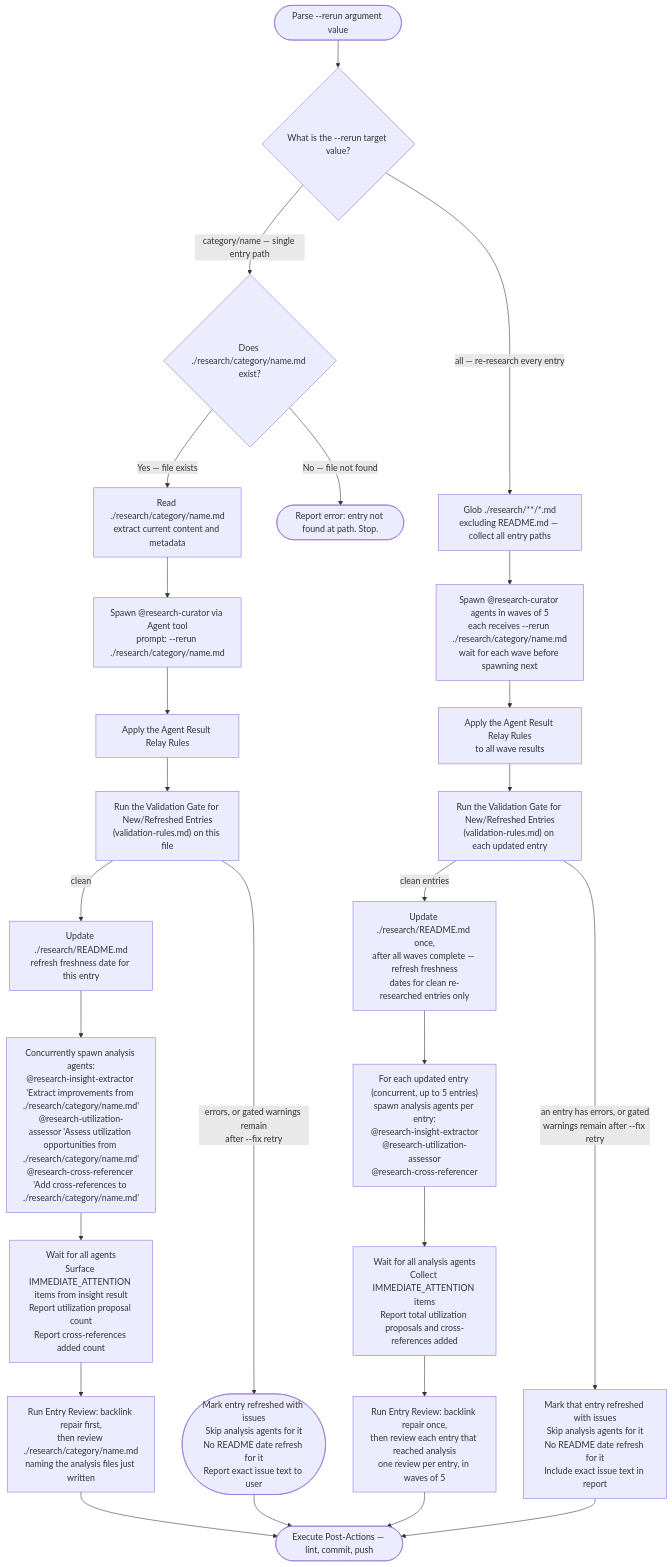
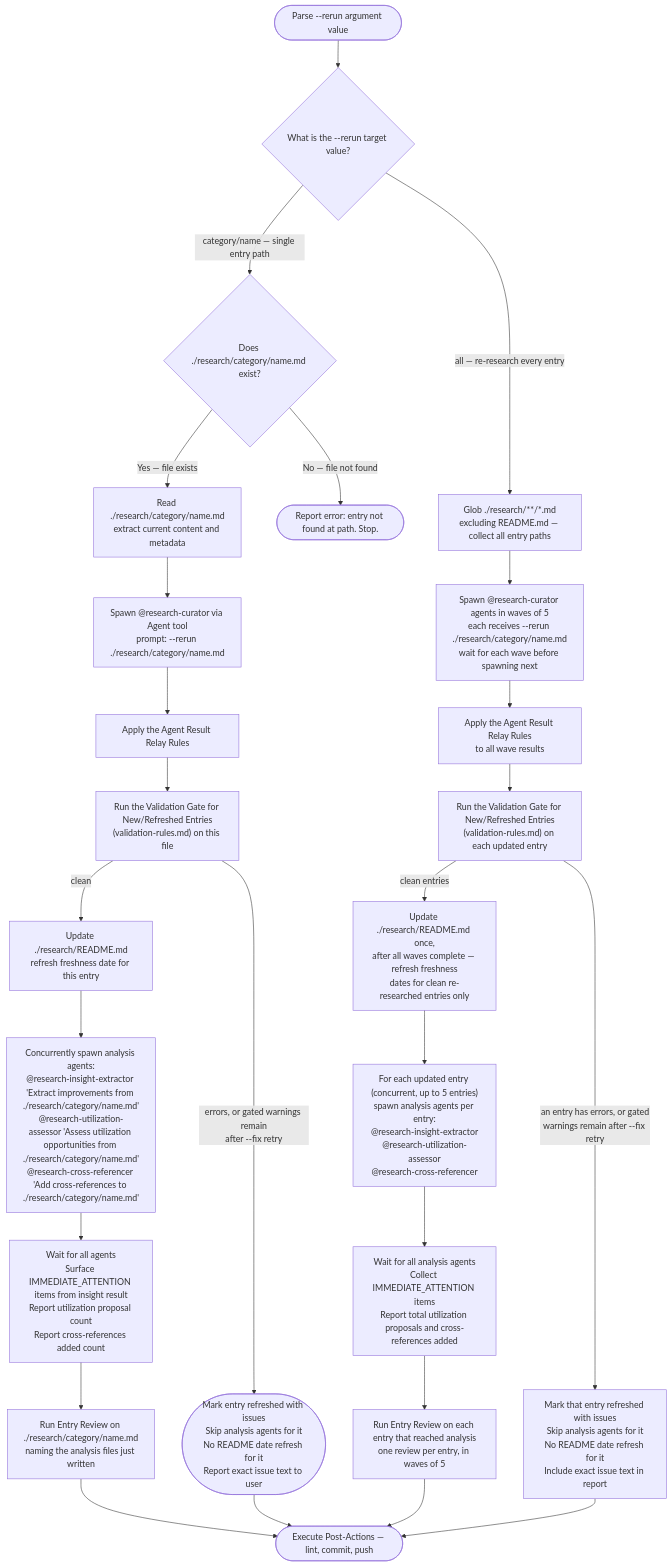
Before and after one commit to Jamie-BitFlight/claude_skills: the second of 3 diagrams in .claude/skills/research-curator/SKILL.md, drawn with Mermaid. The commit also changed other lines of this file and 3 other files, not shown here.

````diff
--- a/.claude/skills/research-curator/SKILL.md
+++ b/.claude/skills/research-curator/SKILL.md
@@ -176,28 +176,28 @@
 ```mermaid
 flowchart TD
     Start(["Parse --rerun argument value"]) --> Q{"What is the --rerun target value?"}
     Q -->|"category/name — single entry path"| VerifyFile{"Does ./research/category/name.md exist?"}
     Q -->|"all — re-research every entry"| FindAll["Glob ./research/**/*.md<br>excluding README.md — collect all entry paths"]
     VerifyFile -->|"No — file not found"| Missing(["Report error: entry not found at path. Stop."])
     VerifyFile -->|"Yes — file exists"| ReadFile["Read ./research/category/name.md<br>extract current content and metadata"]
     ReadFile --> Spawn1["Spawn @research-curator via Agent tool<br>prompt: --rerun ./research/category/name.md"]
     Spawn1 --> RelayCheck1["Apply the Agent Result Relay Rules"]
     RelayCheck1 --> Validate1["Run the Validation Gate for New/Refreshed Entries<br>(validation-rules.md) on this file"]
     Validate1 -->|"errors, or gated warnings remain<br>after --fix retry"| Issues1(["Mark entry refreshed with issues<br>Skip analysis agents for it<br>No README date refresh for it<br>Report exact issue text to user"])
     Validate1 -->|"clean"| UpdateDate["Update ./research/README.md<br>refresh freshness date for this entry"]
     FindAll --> WaveSpawn["Spawn @research-curator agents in waves of 5<br>each receives --rerun ./research/category/name.md<br>wait for each wave before spawning next"]
     WaveSpawn --> RelayCheck2["Apply the Agent Result Relay Rules<br>to all wave results"]
     RelayCheck2 --> ValidateN["Run the Validation Gate for New/Refreshed Entries<br>(validation-rules.md) on each updated entry"]
     ValidateN -->|"an entry has errors, or gated<br>warnings remain after --fix retry"| IssuesN["Mark that entry refreshed with issues<br>Skip analysis agents for it<br>No README date refresh for it<br>Include exact issue text in report"]
     ValidateN -->|"clean entries"| UpdateDates["Update ./research/README.md once,<br>after all waves complete — refresh freshness<br>dates for clean re-researched entries only"]
     UpdateDate --> SpawnAnalysis1["Concurrently spawn analysis agents:<br>@research-insight-extractor 'Extract improvements from ./research/category/name.md'<br>@research-utilization-assessor 'Assess utilization opportunities from ./research/category/name.md'<br>@research-cross-referencer 'Add cross-references to ./research/category/name.md'"]
     SpawnAnalysis1 --> WaitAnalysis1["Wait for all agents<br>Surface IMMEDIATE_ATTENTION items from insight result<br>Report utilization proposal count<br>Report cross-references added count"]
-    WaitAnalysis1 --> Review1["Run Entry Review: backlink repair first,<br>then review ./research/category/name.md<br>naming the analysis files just written"]
+    WaitAnalysis1 --> Review1["Run Entry Review on ./research/category/name.md<br>naming the analysis files just written"]
     Review1 --> PostActions(["Execute Post-Actions — lint, commit, push"])
     Issues1 --> PostActions
     UpdateDates --> SpawnAnalysisN["For each updated entry (concurrent, up to 5 entries)<br>spawn analysis agents per entry:<br>@research-insight-extractor<br>@research-utilization-assessor<br>@research-cross-referencer"]
     SpawnAnalysisN --> WaitAnalysisN["Wait for all analysis agents<br>Collect IMMEDIATE_ATTENTION items<br>Report total utilization proposals and cross-references added"]
-    WaitAnalysisN --> ReviewN["Run Entry Review: backlink repair once,<br>then review each entry that reached analysis<br>one review per entry, in waves of 5"]
+    WaitAnalysisN --> ReviewN["Run Entry Review on each entry that reached analysis<br>one review per entry, in waves of 5"]
     ReviewN --> PostActions
     IssuesN --> PostActions
 ```
````
